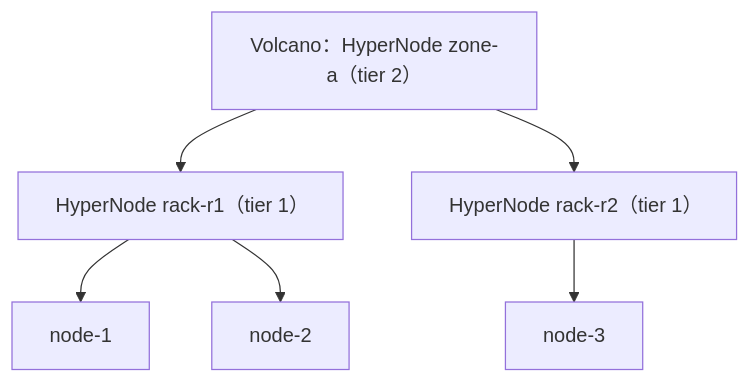
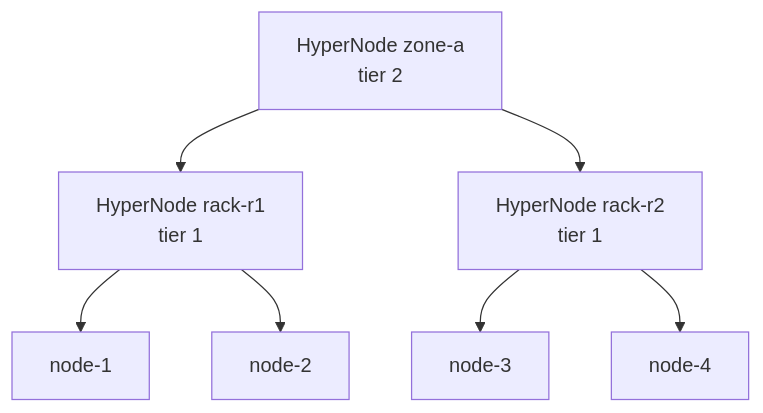
One commit to JesseStutler/volcano changed the seventh of 13 diagrams in docs/research/k8s-workload-aware-scheduling-vs-volcano-cn.md. Above: the diagram before and after it, drawn with Mermaid. The commit also changed other lines of this file and 1 other file, not shown here.

````diff
--- a/docs/research/k8s-workload-aware-scheduling-vs-volcano-cn.md
+++ b/docs/research/k8s-workload-aware-scheduling-vs-volcano-cn.md
@@ -289,14 +348,16 @@
 ```mermaid
 flowchart TD
-    H2["Volcano：HyperNode zone-a（tier 2）"]
-    H11["HyperNode rack-r1（tier 1）"]
-    H12["HyperNode rack-r2（tier 1）"]
+    H2["HyperNode zone-a<br/>tier 2"]
+    H11["HyperNode rack-r1<br/>tier 1"]
+    H12["HyperNode rack-r2<br/>tier 1"]
     VN1["node-1"]
     VN2["node-2"]
     VN3["node-3"]
+    VN4["node-4"]
     H2 --> H11
     H2 --> H12
     H11 --> VN1
     H11 --> VN2
     H12 --> VN3
+    H12 --> VN4
 ```
````
